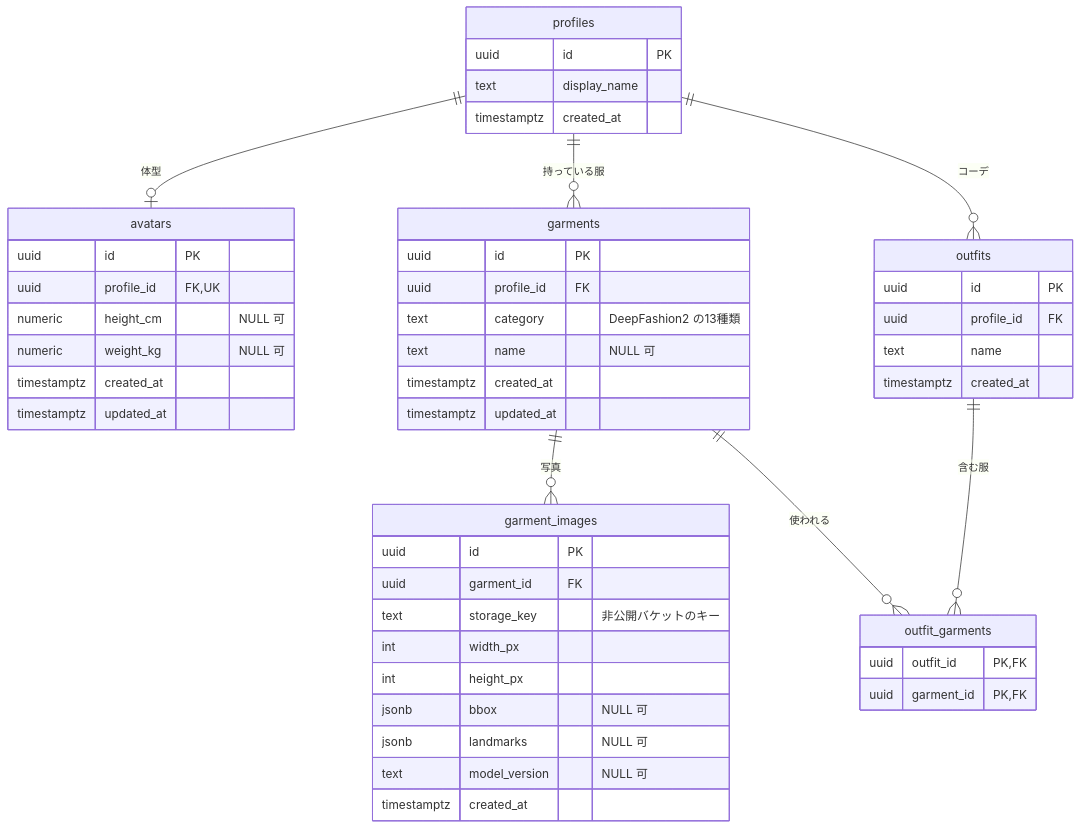
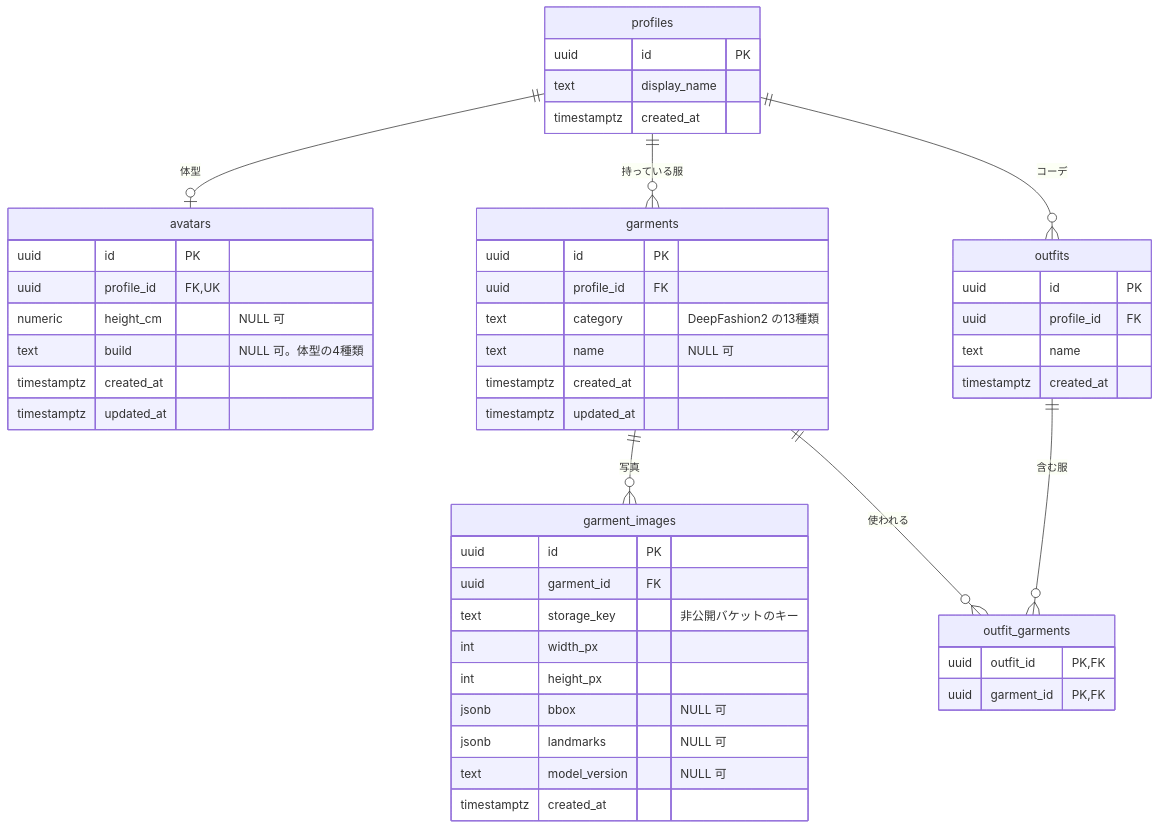
The diagram in docs/er.md (jphacks/tka_2617), drawn with Mermaid before and after one commit. The commit also changed other lines of this file and 5 other files, not shown here.

````diff
--- a/docs/er.md
+++ b/docs/er.md
@@ -5,52 +5,52 @@
 ```mermaid
 erDiagram
   profiles ||--o| avatars : "体型"
   profiles ||--o{ garments : "持っている服"
   garments ||--o{ garment_images : "写真"
   profiles ||--o{ outfits : "コーデ"
   outfits ||--o{ outfit_garments : "含む服"
   garments ||--o{ outfit_garments : "使われる"
 
   profiles {
     uuid id PK
     text display_name
     timestamptz created_at
   }
   avatars {
     uuid id PK
     uuid profile_id FK, UK
     numeric height_cm "NULL 可"
-    numeric weight_kg "NULL 可"
+    text build "NULL 可。体型の4種類"
     timestamptz created_at
     timestamptz updated_at
   }
   garments {
     uuid id PK
     uuid profile_id FK
     text category "DeepFashion2 の13種類"
     text name "NULL 可"
     timestamptz created_at
     timestamptz updated_at
   }
   garment_images {
     uuid id PK
     uuid garment_id FK
     text storage_key "非公開バケットのキー"
     int width_px
     int height_px
     jsonb bbox "NULL 可"
     jsonb landmarks "NULL 可"
     text model_version "NULL 可"
     timestamptz created_at
   }
   outfits {
     uuid id PK
     uuid profile_id FK
     text name
     timestamptz created_at
   }
   outfit_garments {
     uuid outfit_id PK, FK
     uuid garment_id PK, FK
   }
 ```
````
